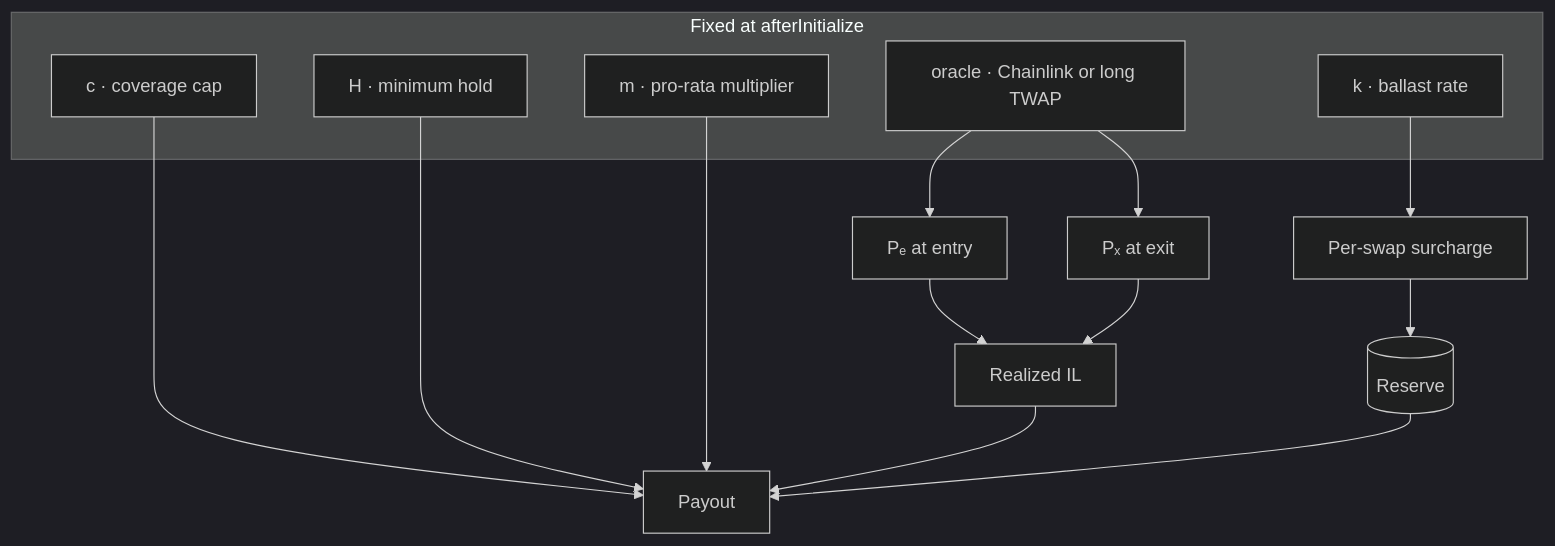
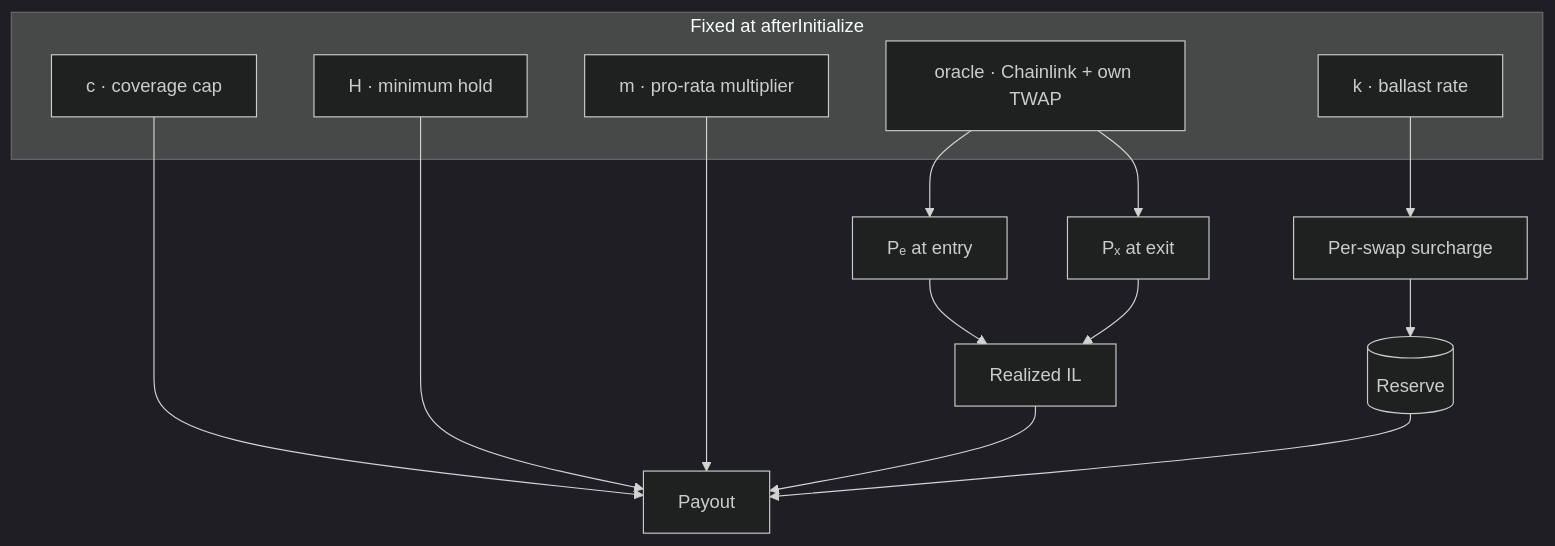
The diagram in docs/05-parameters.md (eabz/ballast), drawn with Mermaid (dark theme) before and after one commit. The commit also changed other lines of this file and 87 other files, not shown here.

````diff
--- a/docs/05-parameters.md
+++ b/docs/05-parameters.md
@@ -16,21 +27,21 @@
 ```mermaid
 flowchart TD
     subgraph inputs["Fixed at afterInitialize"]
         k[k · ballast rate]
         c[c · coverage cap]
         H[H · minimum hold]
         m[m · pro-rata multiplier]
-        O[oracle · Chainlink or long TWAP]
+        O[oracle · Chainlink + own TWAP]
     end
     k --> SUR[Per-swap surcharge]
     SUR --> R[(Reserve)]
     O --> Pe[Pₑ at entry]
     O --> Px[Pₓ at exit]
     Pe --> IL[Realized IL]
     Px --> IL
     c --> PAY[Payout]
     H --> PAY
     m --> PAY
     IL --> PAY
     R --> PAY
 ```
````
